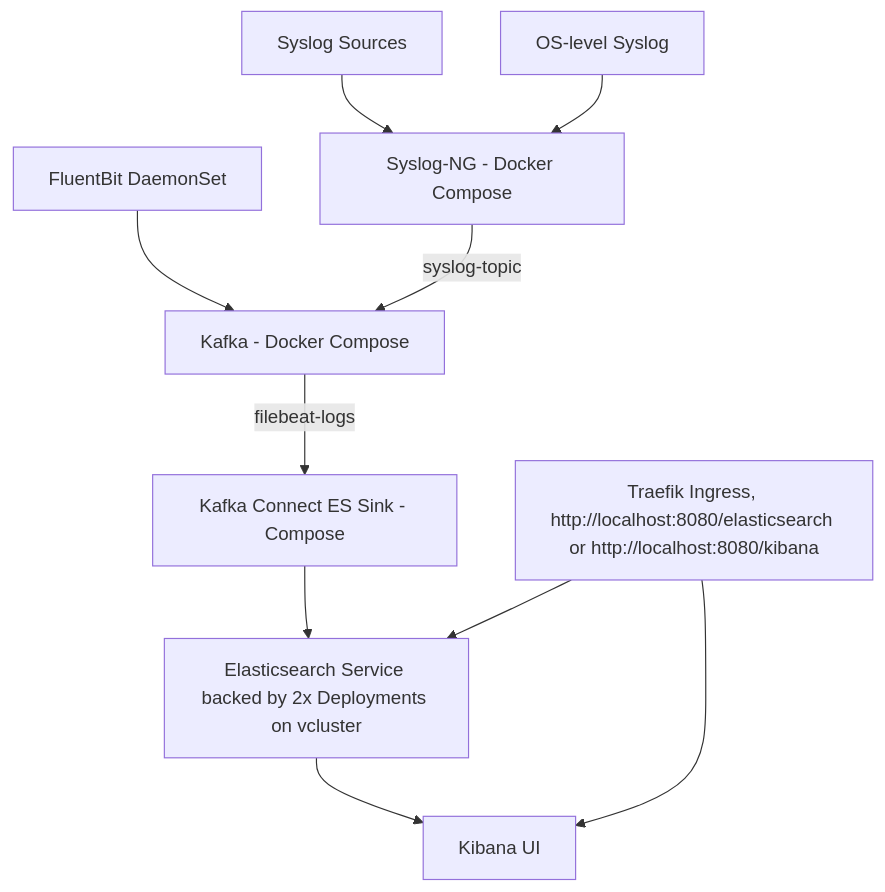
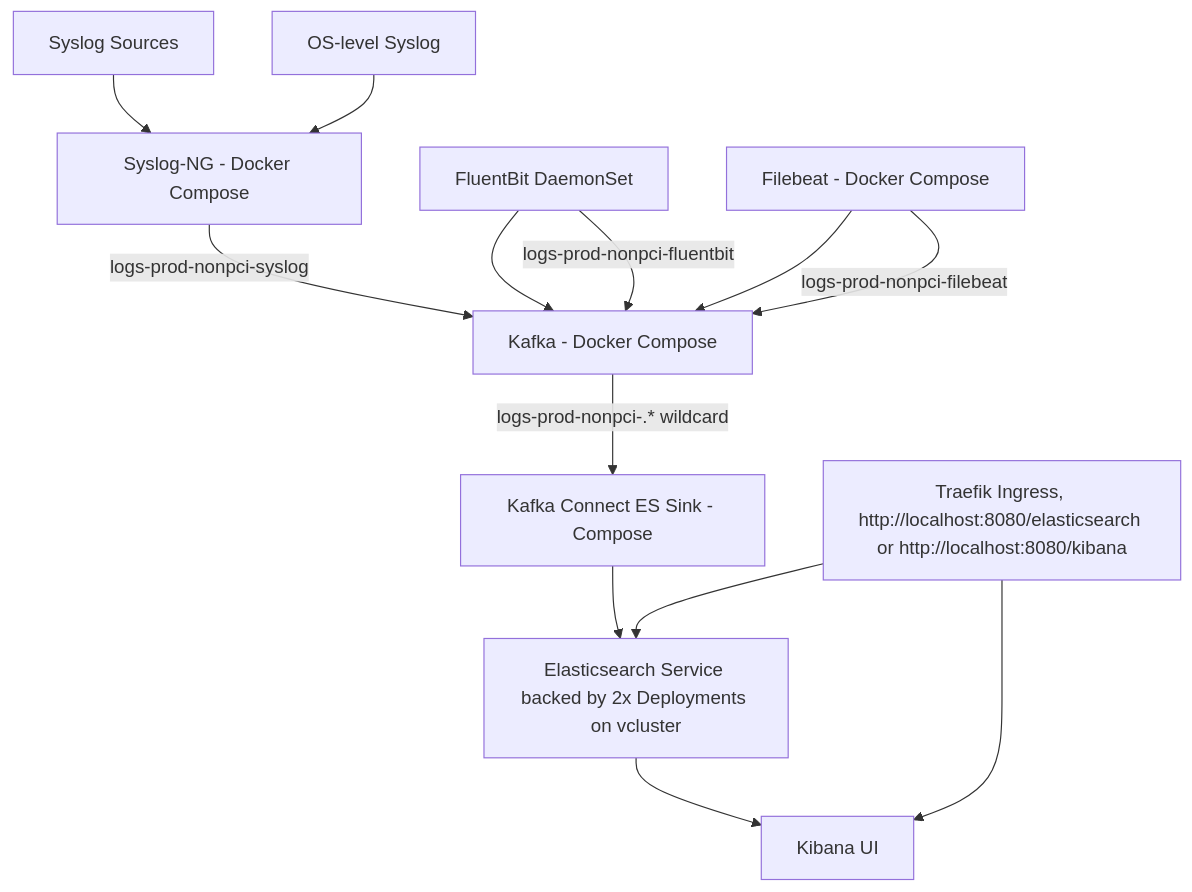
One commit to georgelza/ElasticPipelineLab changed the diagram in Deployment/DEPLOY_ELASTIC.md. Above: the diagram before and after it, drawn with Mermaid. The commit also changed other lines of this file and 32 other files, not shown here.

Commit message:
Filling gaps in infrastucture/* changed syslog-ng container, modified our source feeds, redid the Kafka Connect Sink definition, changing the Elasticsearch pv/pvc's

````diff
--- a/Deployment/DEPLOY_ELASTIC.md
+++ b/Deployment/DEPLOY_ELASTIC.md
@@ -18,12 +18,15 @@
 ```mermaid
 graph TD
     A[Syslog Sources] --> B[Syslog-NG - Docker Compose]
     H[FluentBit DaemonSet] --> D[Kafka - Docker Compose]
-    B -->|syslog-topic| D
-    D -->|filebeat-logs| E[Kafka Connect ES Sink - Compose]
+    C[Filebeat - Docker Compose] --> D
+    B -->|logs-prod-nonpci-syslog| D
+    C -->|logs-prod-nonpci-filebeat| D
+    H -->|logs-prod-nonpci-fluentbit| D
+    D -->|logs-prod-nonpci-.* wildcard| E[Kafka Connect ES Sink - Compose]
     E --> F[Elasticsearch Service backed by 2x Deployments on vcluster]
     F --> G[Kibana UI]
     K[Traefik Ingress, http://localhost:8080/elasticsearch or http://localhost:8080/kibana] --> F
     K --> G
     I[OS-level Syslog] --> B
 ```
````
